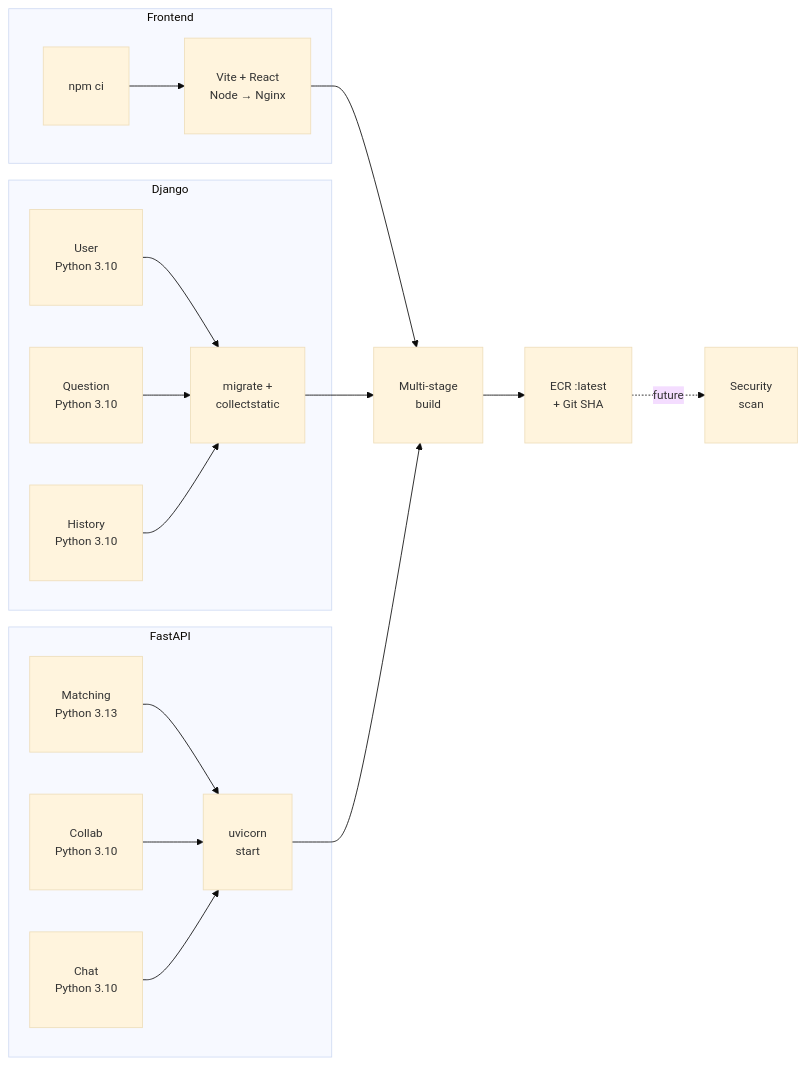
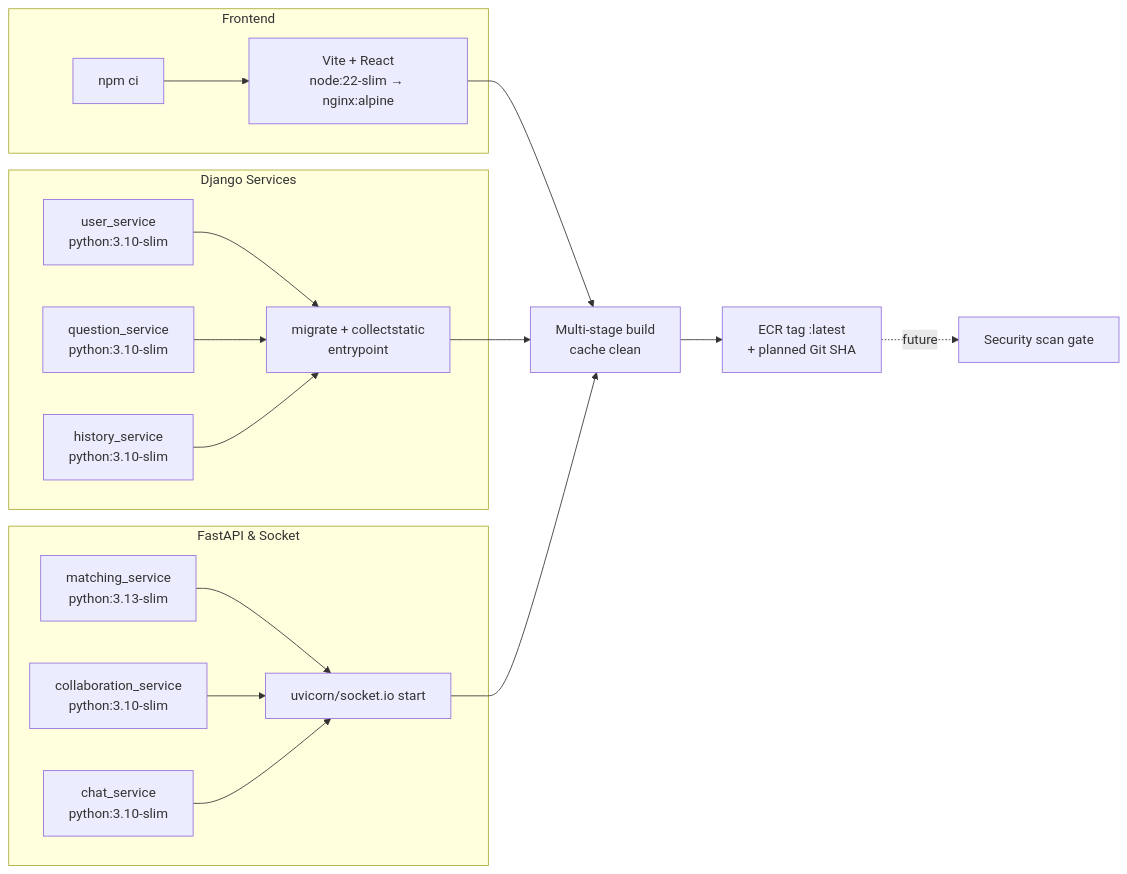
One commit to JoanneHing/cs3219-ay2526s1-project-g19 changed the fourth of 8 diagrams in docs/p1_deploy.md. Above: the diagram before and after it, drawn with Mermaid. The commit also changed other lines of this file, not shown here.

````diff
--- a/docs/p1_deploy.md
+++ b/docs/p1_deploy.md
@@ -127,37 +175,65 @@
 ```mermaid
-%%{init: {'theme':'base', 'themeVariables': {'fontSize':'14px'}}}%%
+
 graph LR
-  subgraph FrontendStack["Frontend"]
-    FEStack["Vite + React<br/>Node → Nginx"]
-    npmci["npm ci"]
-  end
 
-  subgraph DjangoServices["Django"]
-    UserSvc["User<br/>Python 3.10"]
-    QuestionSvc["Question<br/>Python 3.10"]
-    HistorySvc["History<br/>Python 3.10"]
-    DjangoEntrypoint["migrate +<br/>collectstatic"]
-  end
+subgraph FrontendStack["Frontend"]
 
-  subgraph FastAPISocket["FastAPI"]
-    MatchingSvc["Matching<br/>Python 3.13"]
-    CollabSvc["Collab<br/>Python 3.10"]
-    ChatSvc["Chat<br/>Python 3.10"]
-    FastAPIEntrypoint["uvicorn<br/>start"]
-  end
+FEStack["Vite + React<br/>node:22-slim → nginx:alpine"]
 
-  npmci --> FEStack --> ImageBuild["Multi-stage<br/>build"]
-  UserSvc --> DjangoEntrypoint
-  QuestionSvc --> DjangoEntrypoint
-  HistorySvc --> DjangoEntrypoint
-  DjangoEntrypoint --> ImageBuild
-  MatchingSvc --> FastAPIEntrypoint
-  CollabSvc --> FastAPIEntrypoint
-  ChatSvc --> FastAPIEntrypoint
-  FastAPIEntrypoint --> ImageBuild
-  ImageBuild --> ECRTag["ECR :latest<br/>+ Git SHA"]
-  ECRTag -. future .-> Trivy["Security<br/>scan"]
+npmci["npm ci"]
 
-  classDef wider padding:10px
-  class FEStack,npmci,UserSvc,QuestionSvc,HistorySvc,DjangoEntrypoint,MatchingSvc,CollabSvc,ChatSvc,FastAPIEntrypoint,ImageBuild,ECRTag,Trivy wider
+end
+
+  
+
+subgraph DjangoServices["Django Services"]
+
+UserSvc["user_service<br/>python:3.10-slim"]
+
+QuestionSvc["question_service<br/>python:3.10-slim"]
+
+HistorySvc["history_service<br/>python:3.10-slim"]
+
+DjangoEntrypoint["migrate + collectstatic<br/>entrypoint"]
+
+end
+
+  
+
+subgraph FastAPISocket["FastAPI & Socket"]
+
+MatchingSvc["matching_service<br/>python:3.13-slim"]
+
+CollabSvc["collaboration_service<br/>python:3.10-slim"]
+
+ChatSvc["chat_service<br/>python:3.10-slim"]
+
+FastAPIEntrypoint["uvicorn/socket.io start"]
+
+end
+
+  
+
+npmci --> FEStack --> ImageBuild["Multi-stage build<br/>cache clean"]
+
+UserSvc --> DjangoEntrypoint
+
+QuestionSvc --> DjangoEntrypoint
+
+HistorySvc --> DjangoEntrypoint
+
+DjangoEntrypoint --> ImageBuild
+
+MatchingSvc --> FastAPIEntrypoint
+
+CollabSvc --> FastAPIEntrypoint
+
+ChatSvc --> FastAPIEntrypoint
+
+FastAPIEntrypoint --> ImageBuild
+
+ImageBuild --> ECRTag["ECR tag :latest<br/>+ planned Git SHA"]
+
+ECRTag -. future .-> Trivy["Security scan gate"]
+
 ```
````
